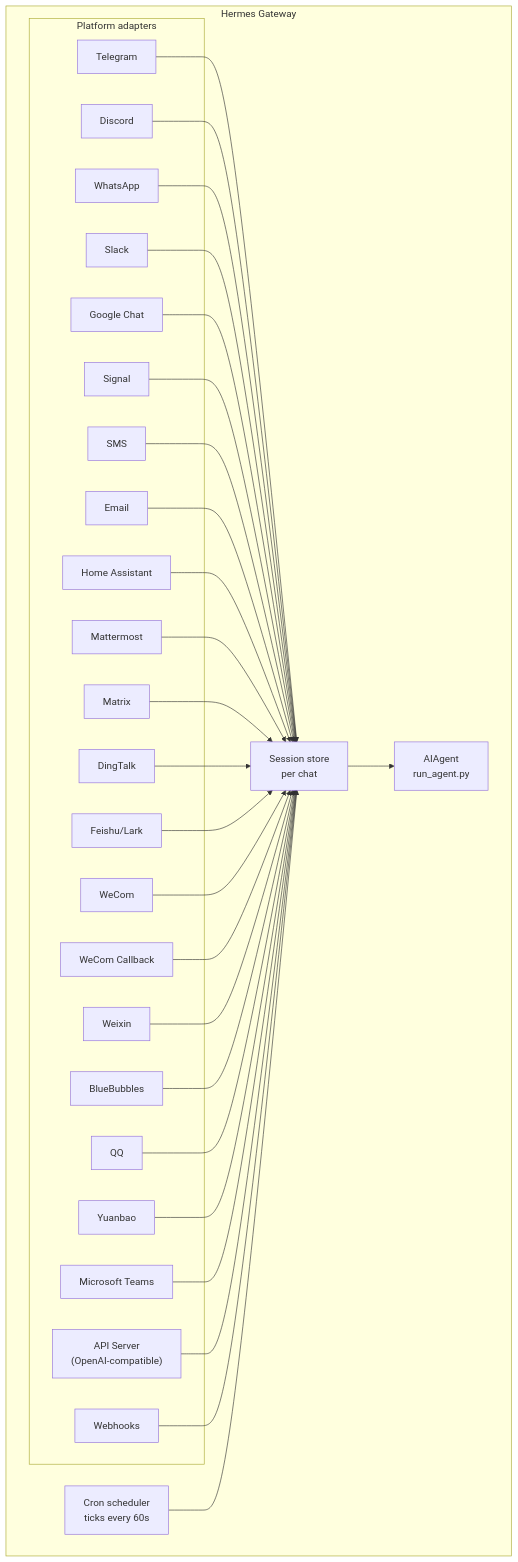
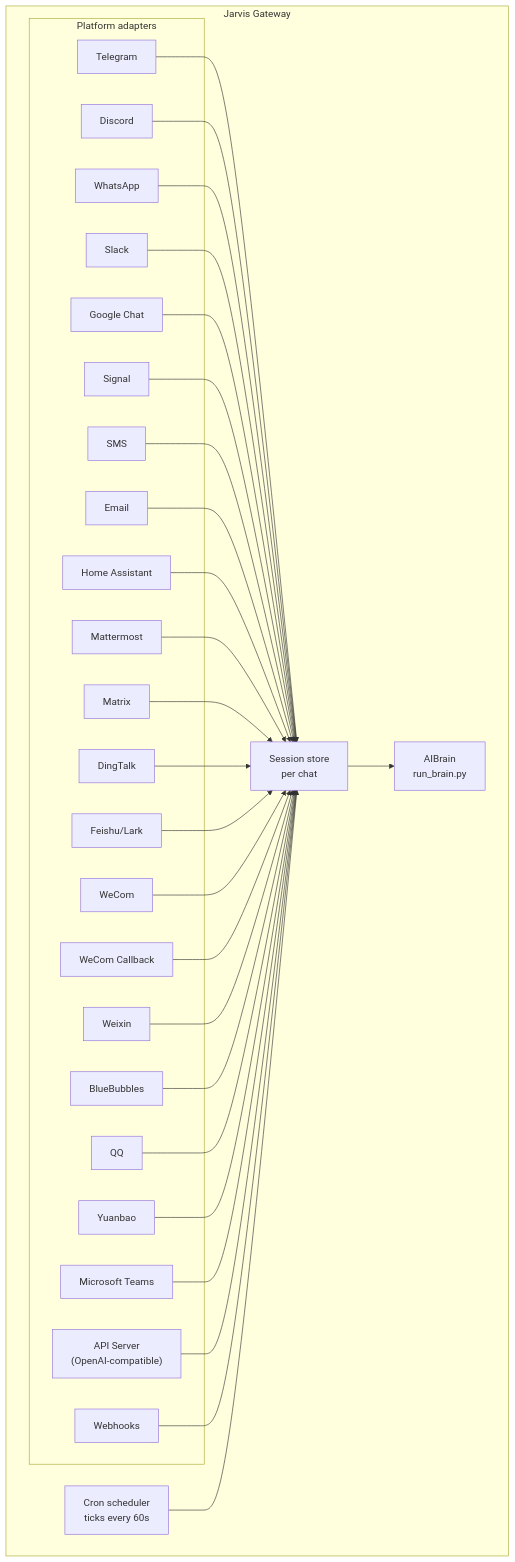
One commit to eytanerez/jarvis-2.0 changed the diagram in website/docs/user-guide/messaging/index.md. Above: the diagram before and after it, drawn with Mermaid. The commit also changed other lines of this file and 4709 other files, not shown here.

````diff
--- a/website/docs/user-guide/messaging/index.md
+++ b/website/docs/user-guide/messaging/index.md
@@ -49,58 +49,58 @@
 ```mermaid
 flowchart TB
-    subgraph Gateway["Hermes Gateway"]
+    subgraph Gateway["Jarvis Gateway"]
         subgraph Adapters["Platform adapters"]
             tg[Telegram]
             dc[Discord]
             wa[WhatsApp]
             sl[Slack]
             gc[Google Chat]
             sig[Signal]
             sms[SMS]
             em[Email]
             ha[Home Assistant]
             mm[Mattermost]
             mx[Matrix]
             dt[DingTalk]
     fs[Feishu/Lark]
     wc[WeCom]
     wcb[WeCom Callback]
     wx[Weixin]
     bb[BlueBubbles]
     qq[QQ]
     yb[Yuanbao]
     ms[Microsoft Teams]
     api["API Server<br/>(OpenAI-compatible)"]
     wh[Webhooks]
         end
 
         store["Session store<br/>per chat"]
-        agent["AIAgent<br/>run_agent.py"]
+        agent["AIBrain<br/>run_brain.py"]
         cron["Cron scheduler<br/>ticks every 60s"]
     end
 
     tg --> store
     dc --> store
     wa --> store
     sl --> store
     gc --> store
     sig --> store
     sms --> store
     em --> store
     ha --> store
     mm --> store
     mx --> store
     dt --> store
     fs --> store
     wc --> store
     wcb --> store
     wx --> store
     bb --> store
     qq --> store
     yb --> store
     ms --> store
     api --> store
     wh --> store
     store --> agent
     cron --> store
 ```
````
